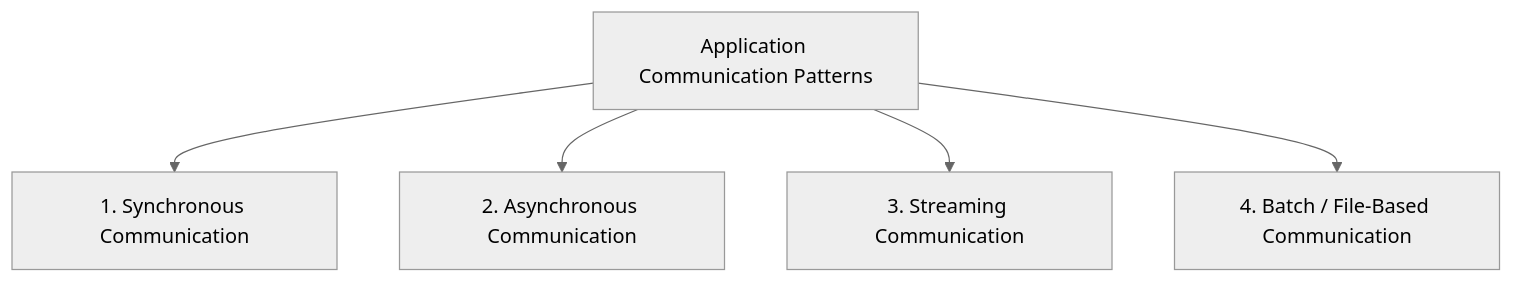
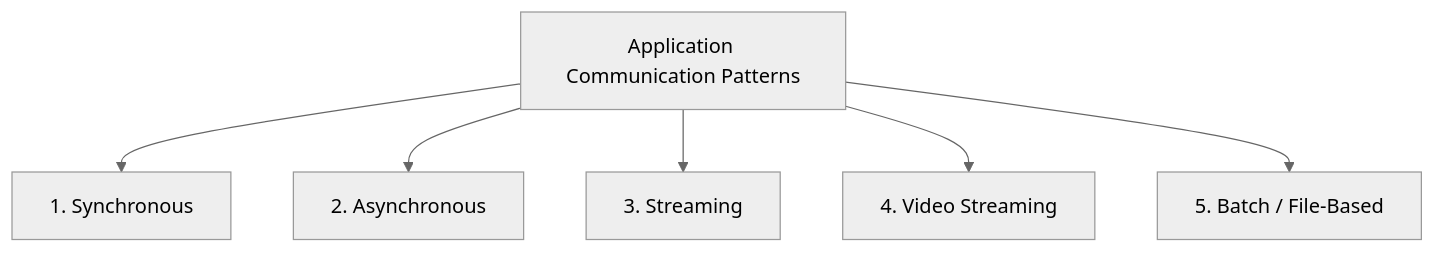
One commit to lekhrajdinkar/solution-engineer changed the first of 4 diagrams in docs/2022-2025/SE_02_system-design/SD_01_Foundation/05_IPC/00_IPC.md. Above: the diagram before and after it, drawn with Mermaid (neutral theme). The commit also changed other lines of this file and 17 other files, not shown here.

````diff
--- a/docs/2022-2025/SE_02_system-design/SD_01_Foundation/05_IPC/00_IPC.md
+++ b/docs/2022-2025/SE_02_system-design/SD_01_Foundation/05_IPC/00_IPC.md
@@ -12,9 +19,10 @@
 ```mermaid
 flowchart TB
     A[Application Communication Patterns]
 
-    A --> SYNC[1. Synchronous Communication]
-    A --> ASYNC[2. Asynchronous Communication]
-    A --> STREAM[3. Streaming Communication]
-    A --> BATCH[4. Batch / File-Based Communication]
+    A --> SYNC[1. Synchronous ]
+    A --> ASYNC[2. Asynchronous ]
+    A --> STREAM[3. Streaming ]
+    A --> VSTREAM[4. Video Streaming ]
+    A --> BATCH[5. Batch / File-Based ]
 ```
````
